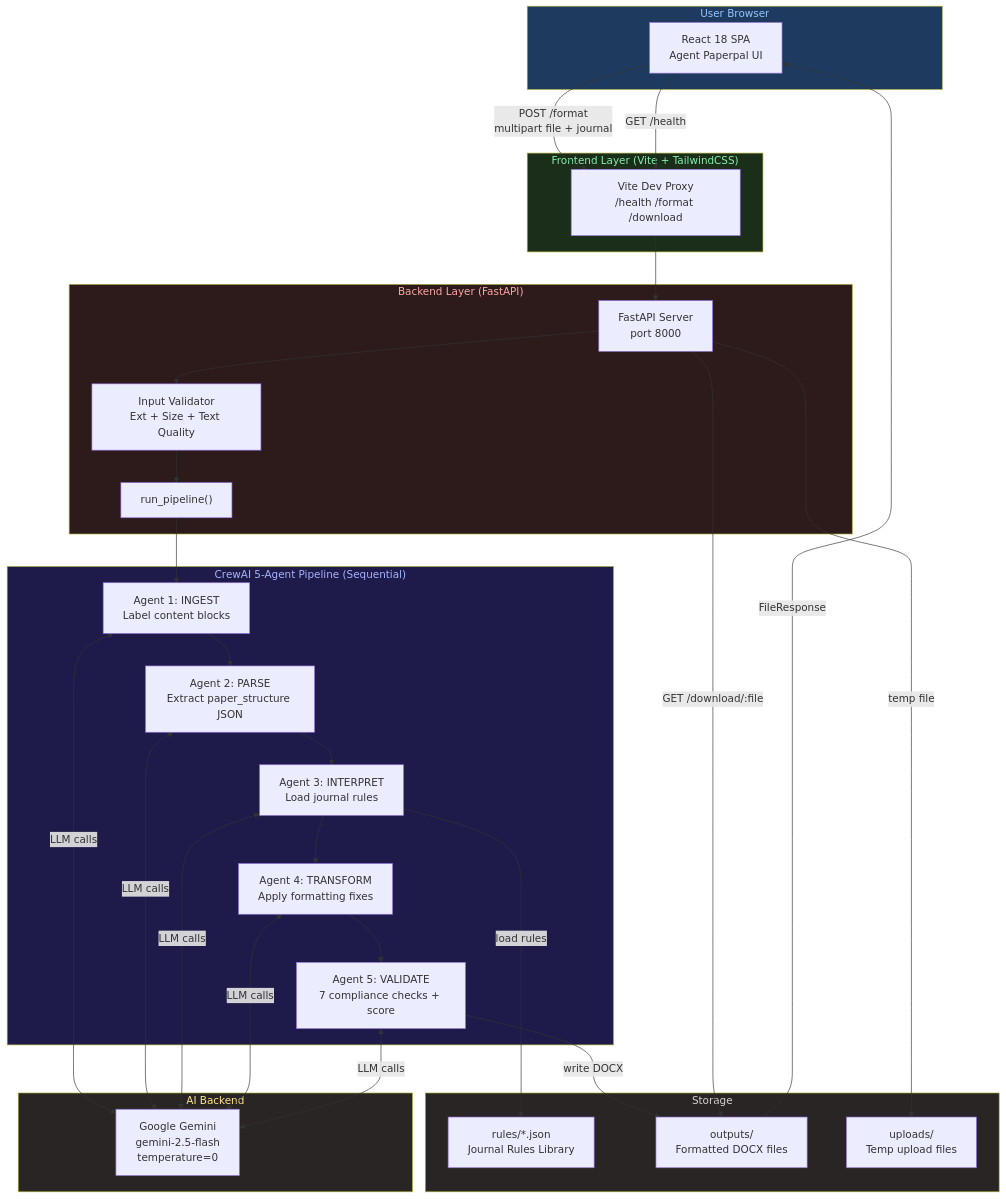
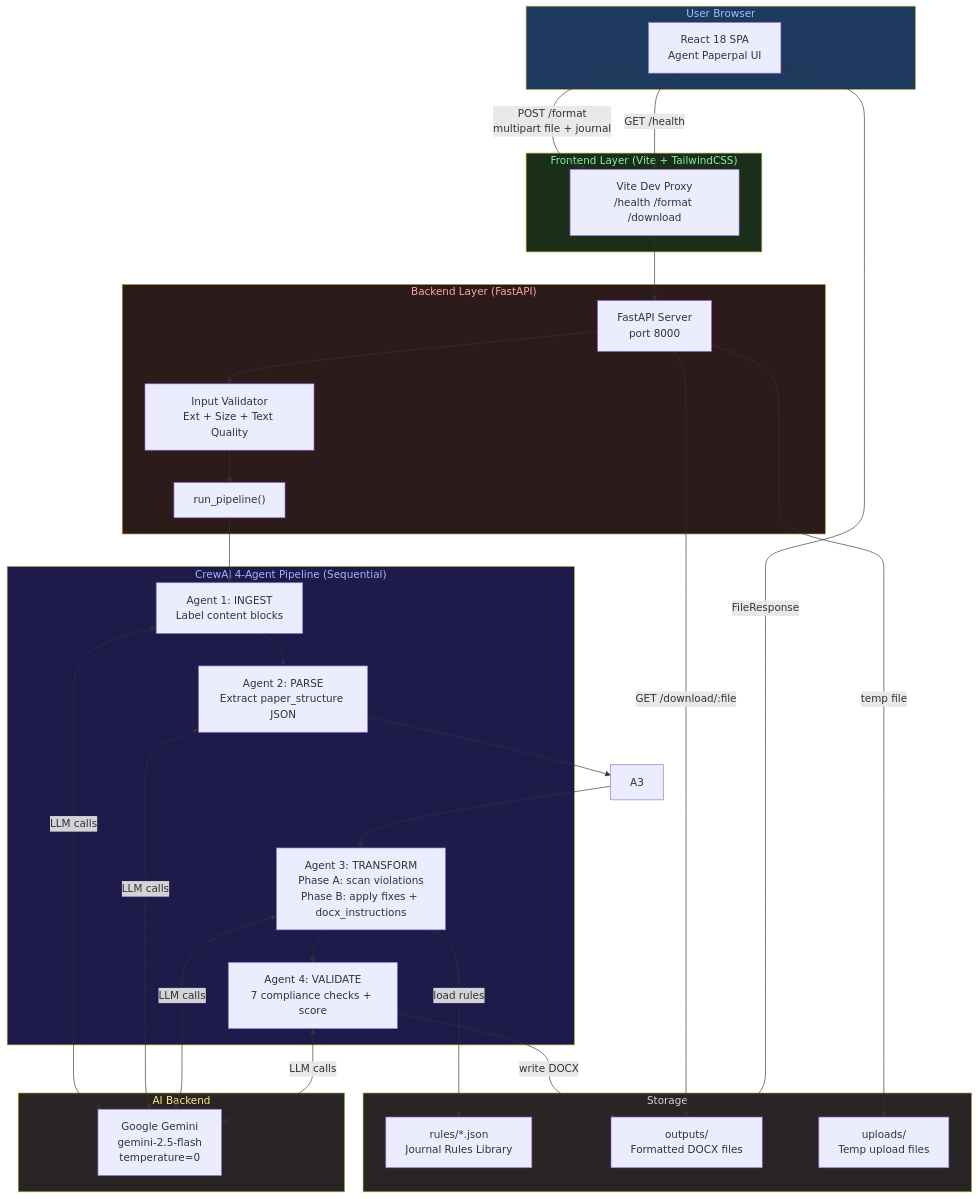
Before and after one commit to krish2956-mk/agentpaperpal: the first of 7 diagrams in README.md, drawn with Mermaid. The commit also changed other lines of this file and 19 other files, not shown here.

First line of the commit message:
docs(agents): update all agent files to reflect 4-agent pipeline + current state

````diff
--- a/README.md
+++ b/README.md
@@ -69,62 +72,60 @@
 ```mermaid
 graph TB
     subgraph User["User Browser"]
         UI["React 18 SPA\nAgent Paperpal UI"]
     end
 
     subgraph Frontend["Frontend Layer (Vite + TailwindCSS)"]
         Proxy["Vite Dev Proxy\n/health /format /download"]
     end
 
     subgraph Backend["Backend Layer (FastAPI)"]
         API["FastAPI Server\nport 8000"]
         Validator["Input Validator\nExt + Size + Text Quality"]
         Pipeline["run_pipeline()"]
     end
 
-    subgraph CrewAI["CrewAI 5-Agent Pipeline (Sequential)"]
+    subgraph CrewAI["CrewAI 4-Agent Pipeline (Sequential)"]
         A1["Agent 1: INGEST\nLabel content blocks"]
         A2["Agent 2: PARSE\nExtract paper_structure JSON"]
-        A3["Agent 3: INTERPRET\nLoad journal rules"]
-        A4["Agent 4: TRANSFORM\nApply formatting fixes"]
-        A5["Agent 5: VALIDATE\n7 compliance checks + score"]
+        A4["Agent 3: TRANSFORM\nPhase A: scan violations\nPhase B: apply fixes + docx_instructions"]
+        A5["Agent 4: VALIDATE\n7 compliance checks + score"]
     end
 
     subgraph Storage["Storage"]
         Rules["rules/*.json\nJournal Rules Library"]
         Outputs["outputs/\nFormatted DOCX files"]
         Uploads["uploads/\nTemp upload files"]
     end
 
     subgraph LLM["AI Backend"]
         Gemini["Google Gemini\ngemini-2.5-flash\ntemperature=0"]
     end
 
     UI -->|"POST /format\nmultipart file + journal"| Proxy
     UI -->|"GET /health"| Proxy
     Proxy --> API
     API --> Validator
     Validator --> Pipeline
     Pipeline --> A1
     A1 --> A2
     A2 --> A3
     A3 --> A4
     A4 --> A5
     A1 <-->|"LLM calls"| Gemini
     A2 <-->|"LLM calls"| Gemini
-    A3 <-->|"LLM calls"| Gemini
     A4 <-->|"LLM calls"| Gemini
     A5 <-->|"LLM calls"| Gemini
-    A3 -->|"load rules"| Rules
+    A4 -->|"load rules"| Rules
     A5 -->|"write DOCX"| Outputs
     API -->|"temp file"| Uploads
     API -->|"GET /download/:file"| Outputs
     Outputs -->|"FileResponse"| UI
 
     style User fill:#1e3a5f,color:#93c5fd
     style Frontend fill:#1a2e1a,color:#86efac
     style Backend fill:#2d1b1b,color:#fca5a5
     style CrewAI fill:#1e1b4b,color:#a5b4fc
     style Storage fill:#292524,color:#d6d3d1
     style LLM fill:#292524,color:#fde68a
 ```
````
